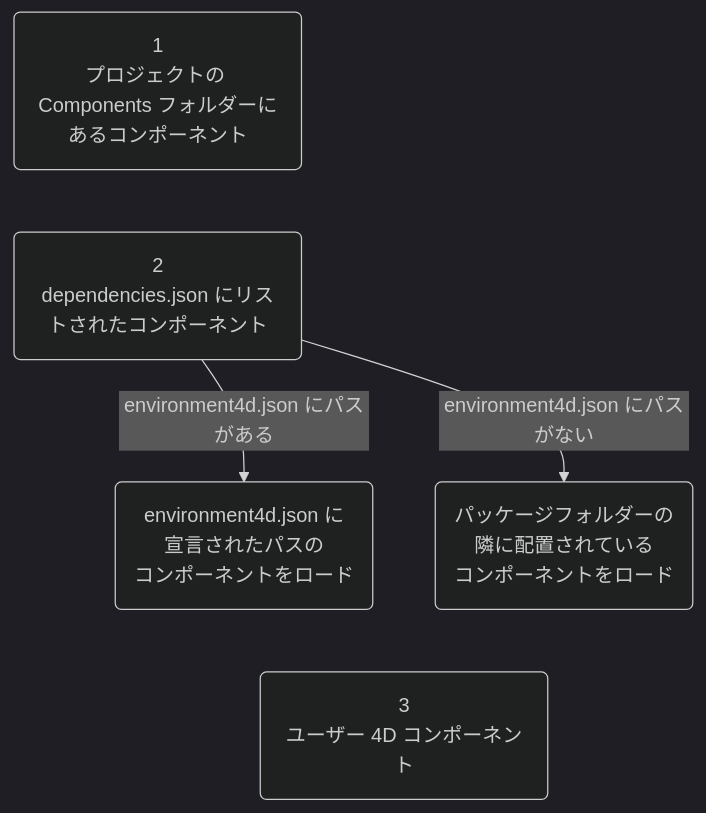
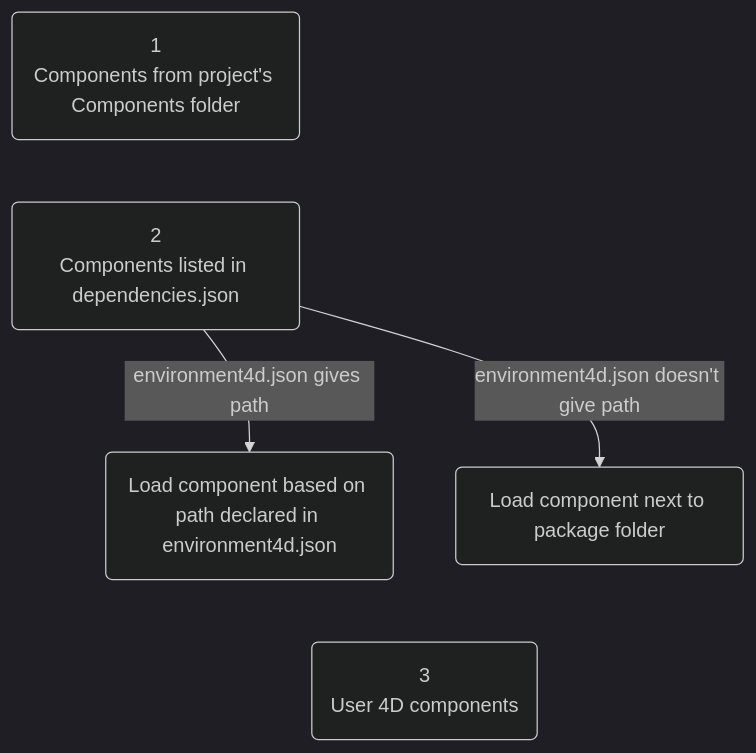
One commit to 4d/docs changed the diagram in i18n/ja/docusaurus-plugin-content-docs/current/Project/components.md. Above: the diagram before and after it, drawn with Mermaid (dark theme). The commit also changed other lines of this file, not shown here.

Commit message:
New translations components.md (Japanese)

````diff
--- a/i18n/ja/docusaurus-plugin-content-docs/current/Project/components.md
+++ b/i18n/ja/docusaurus-plugin-content-docs/current/Project/components.md
@@ -96,11 +96,13 @@
 ```mermaid
 flowchart TB
-    id1("1\nプロジェクトの Components フォルダーにあるコンポーネント")~~~
-    id2("2\ndependencies.json にリストされたコンポーネント")~~~
-    id2 -- environment4d.json にパスがある --> id4("environment4d.json に\n宣言されたパスの\nコンポーネントをロード")
+    id1("1<br/>Components from project's Components folder")
+	~~~
+    id2("2<br/>Components listed in dependencies.json")
+	~~~
+    id2 -- environment4d.json gives path --> id4("Load component based on path declared in environment4d.json")
     ~~~
-    id3("3\nユーザー 4D コンポーネント")
-    id2 -- environment4d.json にパスがない --> id5("パッケージフォルダーの\n隣に配置されている\nコンポーネントをロード")
+    id3("3<br/>User 4D components")
+    id2 -- environment4d.json doesn't give path --> id5("Load component next to package folder")
     ~~~
-    id3("3\nユーザー 4D コンポーネント")
+    id3("3<br/>User 4D components")
 ```
````
